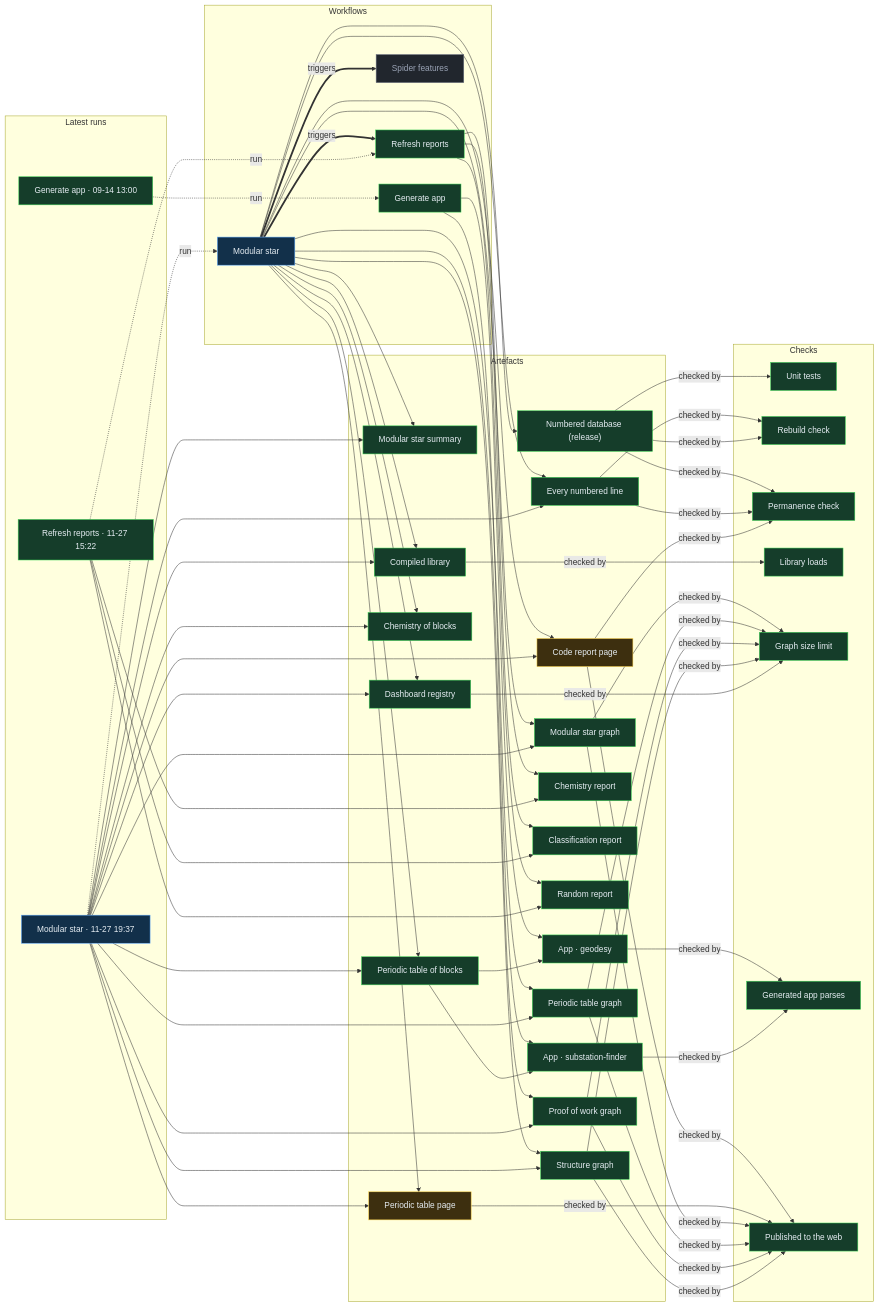
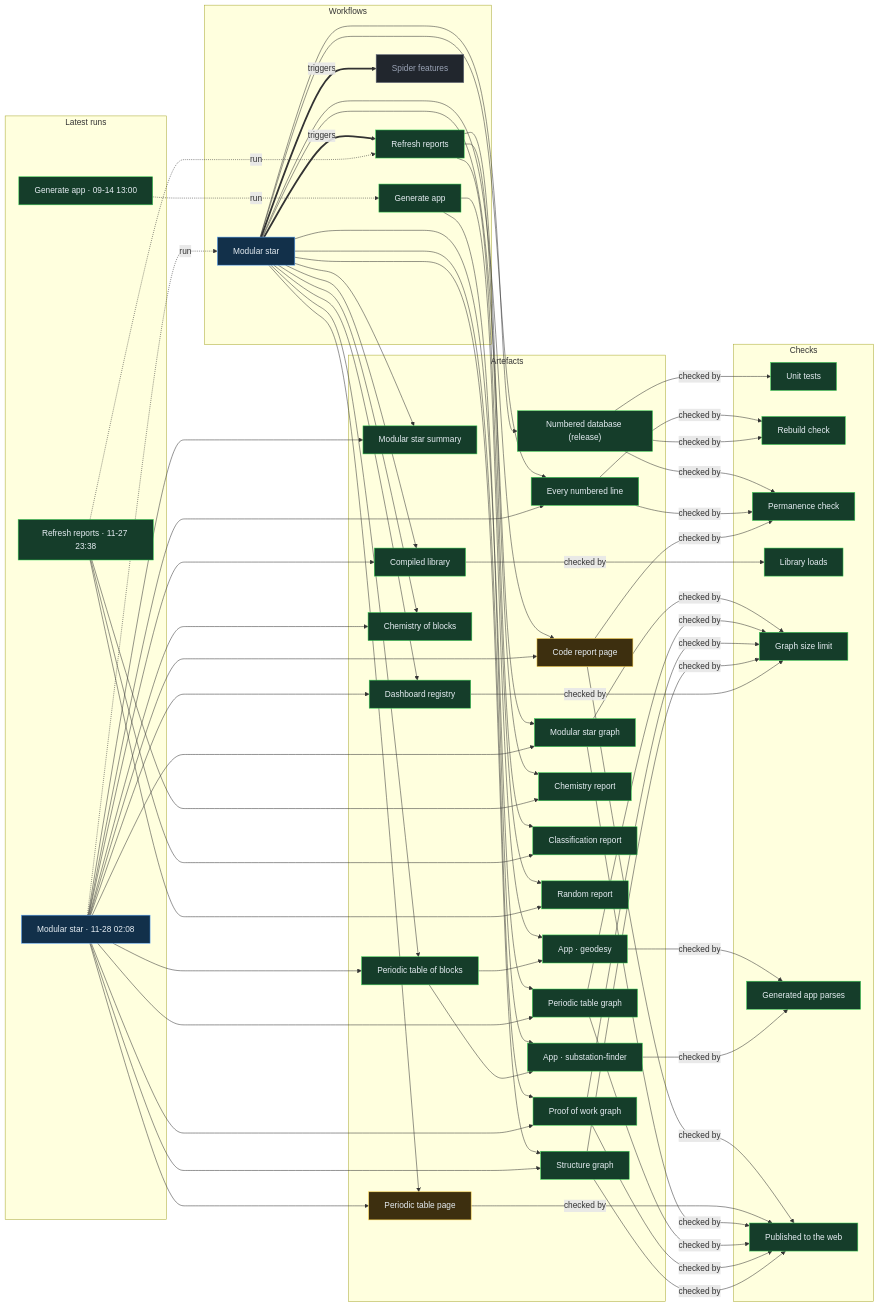
One commit to Ventusltd/stars changed the diagram in proof/PROOF.md. Above: the diagram before and after it, drawn with Mermaid. The commit also changed other lines of this file and 277 other files, not shown here.

Commit message:
Modular star 2026-11-28T02:11Z

```diff
--- a/proof/PROOF.md
+++ b/proof/PROOF.md
@@ -24,8 +24,8 @@
   n_wf_spider_features["Spider features"]:::off
   end
   subgraph g_runs["Latest runs"]
-  n_run_46058018770["Modular star · 11-27 19:37"]:::live
-  n_run_46024335426["Refresh reports · 11-27 15:22"]:::ok
+  n_run_46096576373["Modular star · 11-28 02:08"]:::live
+  n_run_46083588193["Refresh reports · 11-27 23:38"]:::ok
   n_run_34846587798["Generate app · 09-14 13:00"]:::ok
   end
   subgraph g_artefacts["Artefacts"]
@@ -59,39 +59,39 @@
   end
   n_wf_modular_star == triggers ==> n_wf_refresh
   n_wf_modular_star == triggers ==> n_wf_spider_features
-  n_run_46058018770 -. run .-> n_wf_modular_star
-  n_run_46024335426 -. run .-> n_wf_refresh
+  n_run_46096576373 -. run .-> n_wf_modular_star
+  n_run_46083588193 -. run .-> n_wf_refresh
   n_run_34846587798 -. run .-> n_wf_generate
   n_wf_modular_star --> n_art_summary
-  n_run_46058018770 --> n_art_summary
+  n_run_46096576373 --> n_art_summary
   n_wf_modular_star --> n_art_lines
-  n_run_46058018770 --> n_art_lines
+  n_run_46096576373 --> n_art_lines
   n_wf_modular_star --> n_art_code
-  n_run_46058018770 --> n_art_code
+  n_run_46096576373 --> n_art_code
   n_wf_modular_star --> n_art_modular_graph
-  n_run_46058018770 --> n_art_modular_graph
+  n_run_46096576373 --> n_art_modular_graph
   n_wf_modular_star --> n_art_blocks
-  n_run_46058018770 --> n_art_blocks
+  n_run_46096576373 --> n_art_blocks
   n_wf_modular_star --> n_art_table
-  n_run_46058018770 --> n_art_table
+  n_run_46096576373 --> n_art_table
   n_wf_modular_star --> n_art_blocks_graph
-  n_run_46058018770 --> n_art_blocks_graph
+  n_run_46096576373 --> n_art_blocks_graph
   n_wf_modular_star --> n_art_reactions
-  n_run_46058018770 --> n_art_reactions
+  n_run_46096576373 --> n_art_reactions
   n_wf_modular_star --> n_art_library
-  n_run_46058018770 --> n_art_library
+  n_run_46096576373 --> n_art_library
   n_wf_modular_star --> n_art_features
-  n_run_46058018770 --> n_art_features
+  n_run_46096576373 --> n_art_features
   n_wf_modular_star --> n_art_proof
-  n_run_46058018770 --> n_art_proof
+  n_run_46096576373 --> n_art_proof
   n_wf_modular_star --> n_art_structure
-  n_run_46058018770 --> n_art_structure
+  n_run_46096576373 --> n_art_structure
   n_wf_refresh --> n_art_chemistry
-  n_run_46024335426 --> n_art_chemistry
+  n_run_46083588193 --> n_art_chemistry
   n_wf_refresh --> n_art_vedic
-  n_run_46024335426 --> n_art_vedic
+  n_run_46083588193 --> n_art_vedic
   n_wf_refresh --> n_art_random
-  n_run_46024335426 --> n_art_random
+  n_run_46083588193 --> n_art_random
   n_wf_modular_star --> n_art_release
   n_wf_generate --> n_app_geodesy
   n_art_blocks --> n_app_geodesy
```
